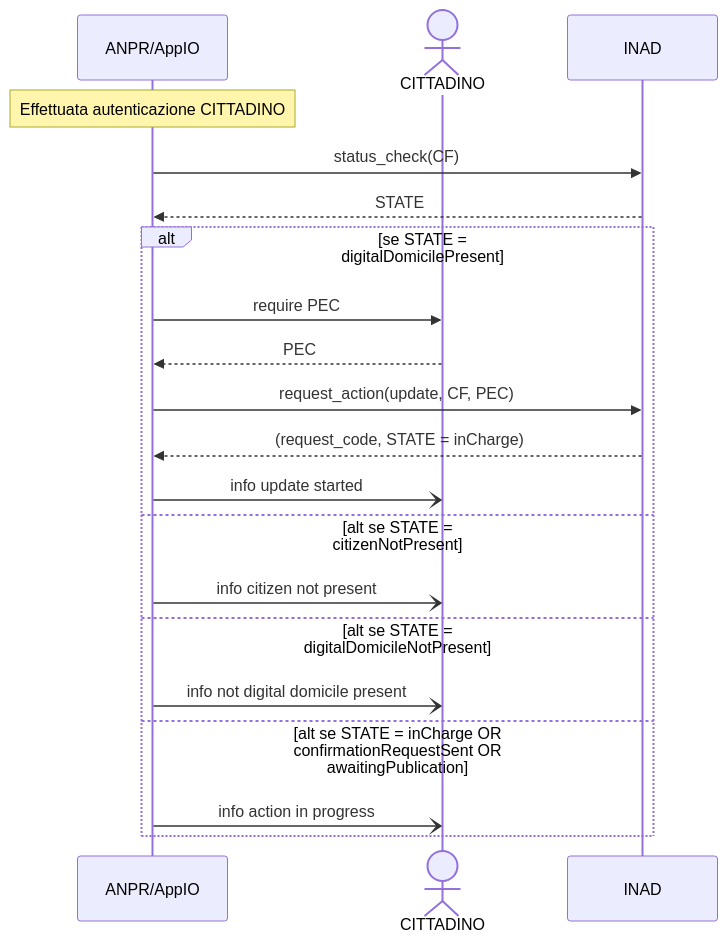
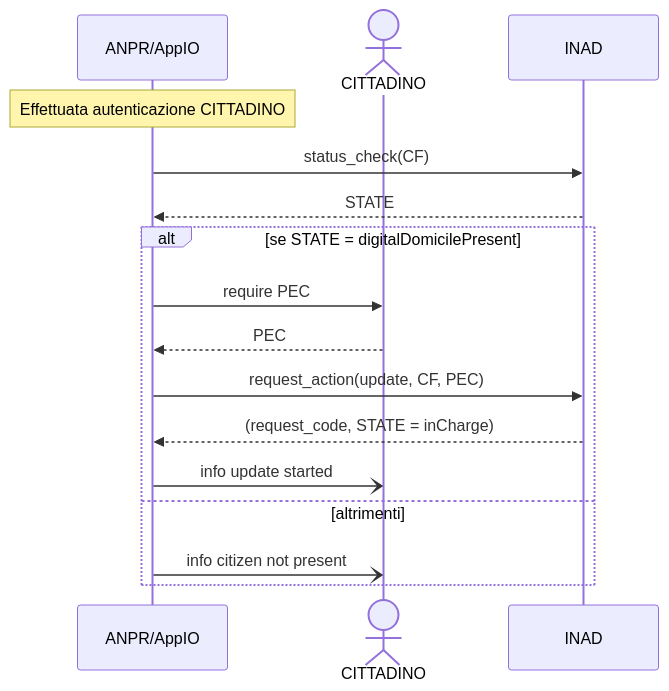
Before and after one commit to ioggstream/verify_integration_INAD_with_ANPR-IO: the diagram in mermind/UC002.md, drawn with Mermaid. The commit also changed 10 other files, not shown here.

````diff
--- a/mermind/UC002.md
+++ b/mermind/UC002.md
@@ -3,31 +3,23 @@
 ```mermaid
 sequenceDiagram
   participant A as ANPR/AppIO
   actor C as CITTADINO
   participant I as INAD
 
   Note over A: Effettuata autenticazione CITTADINO
 
   A ->> I: status_check(CF)
   I -->> A: STATE
 
   alt se STATE = digitalDomicilePresent 
     A ->> C: require PEC
     C -->> A: PEC
     A ->> I: request_action(update, CF, PEC)
     I -->> A: (request_code, STATE = inCharge)
     A -) C: info update started
 
-  else alt se STATE = citizenNotPresent
-    A -) C: info citizen not present
-
-  else alt se STATE = digitalDomicileNotPresent
-    A -) C: info not digital domicile present
-
-  else alt se STATE = inCharge OR confirmationRequestSent OR awaitingPublication
-    A -) C: info action in progress
-
-  
+  else altrimenti
+    A -) C: info citizen not present 
   end
 
   ```
````
